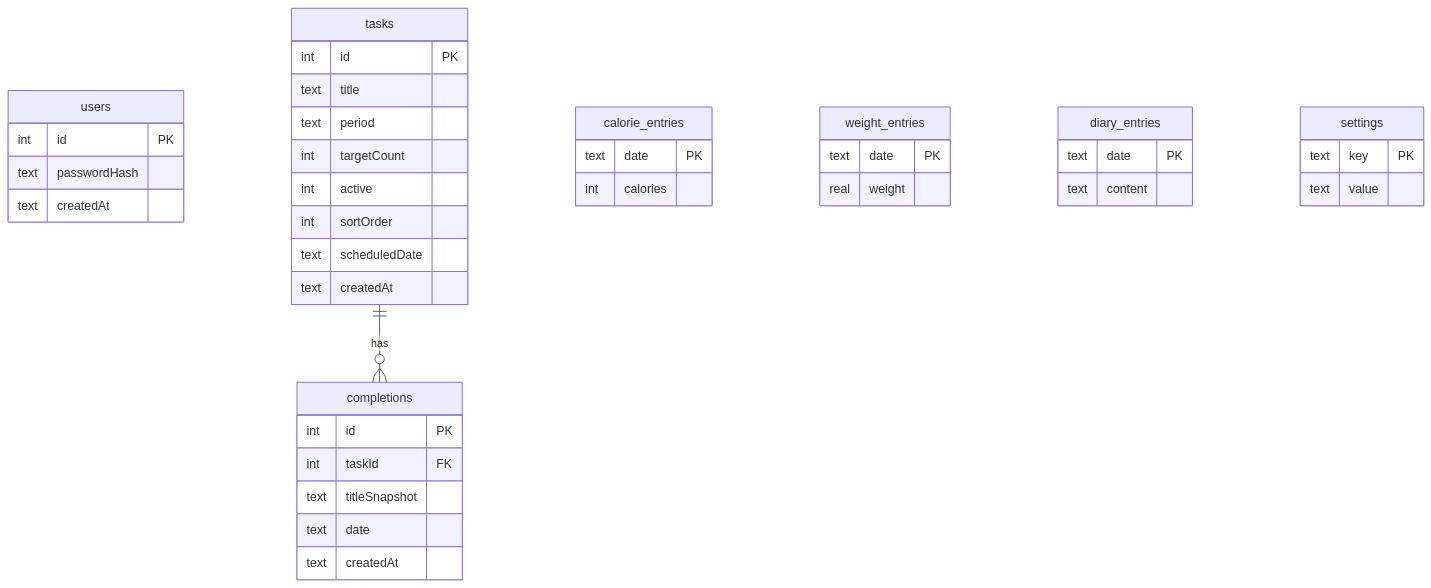
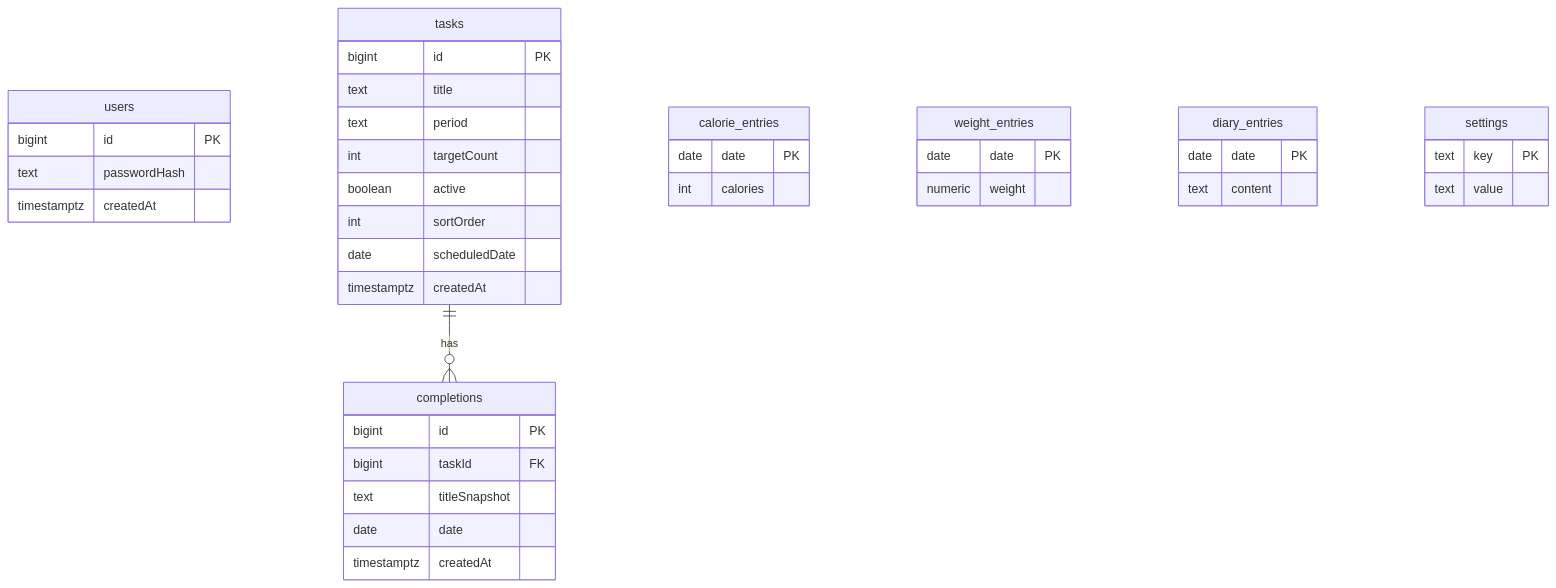
One commit to RoshanThapa7/AWS changed the second of 2 diagrams in docs/architecture.md. Above: the diagram before and after it, drawn with Mermaid. The commit also changed other lines of this file, not shown here.

Commit message:
Update architecture doc for detailed AWS cloud deployment

````diff
--- a/docs/architecture.md
+++ b/docs/architecture.md
@@ -136,49 +104,49 @@
 ```mermaid
 erDiagram
   users {
-    int id PK
+    bigint id PK
     text passwordHash
-    text createdAt
+    timestamptz createdAt
   }
 
   tasks {
-    int id PK
+    bigint id PK
     text title
     text period
     int targetCount
-    int active
+    boolean active
     int sortOrder
-    text scheduledDate
-    text createdAt
+    date scheduledDate
+    timestamptz createdAt
   }
 
   completions {
-    int id PK
-    int taskId FK
+    bigint id PK
+    bigint taskId FK
     text titleSnapshot
-    text date
-    text createdAt
+    date date
+    timestamptz createdAt
   }
 
   calorie_entries {
-    text date PK
+    date date PK
     int calories
   }
 
   weight_entries {
-    text date PK
-    real weight
+    date date PK
+    numeric weight
   }
 
   diary_entries {
-    text date PK
+    date date PK
     text content
   }
 
   settings {
     text key PK
     text value
   }
 
   tasks ||--o{ completions : has
 ```
````
